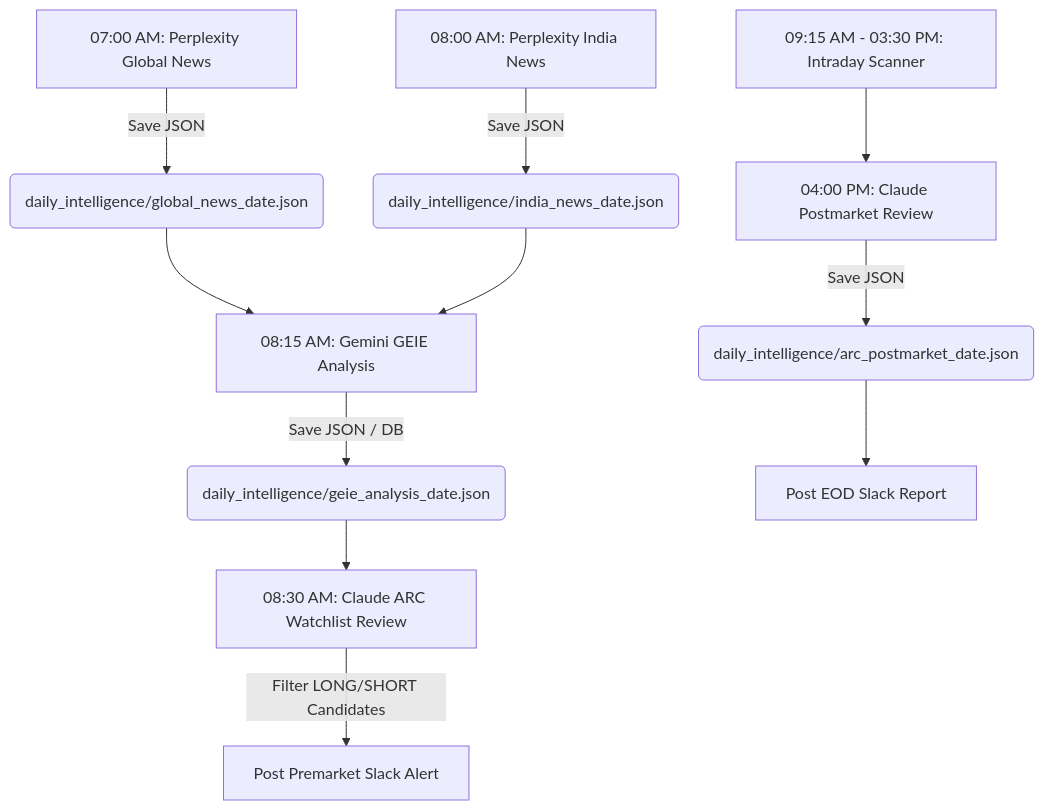
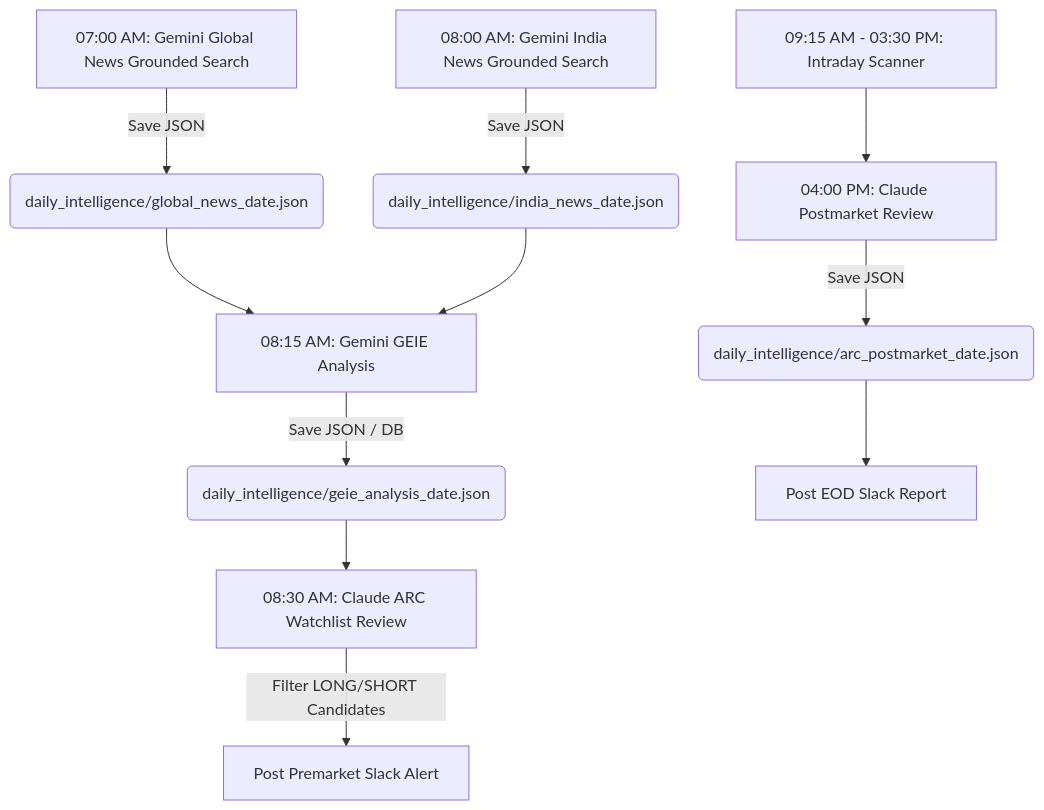
The diagram in PROJECT_MAP.md (mdshadabforever-wq/kimi2), drawn with Mermaid before and after one commit. The commit also changed other lines of this file, not shown here.

Commit message:
docs: replace Perplexity references with Gemini Grounded Search in PROJECT_MAP.md timeline

````diff
--- a/PROJECT_MAP.md
+++ b/PROJECT_MAP.md
@@ -28,13 +28,13 @@
 ```mermaid
 graph TD
-    A[07:00 AM: Perplexity Global News] -->|Save JSON| B(daily_intelligence/global_news_date.json)
-    C[08:00 AM: Perplexity India News] -->|Save JSON| D(daily_intelligence/india_news_date.json)
+    A[07:00 AM: Gemini Global News Grounded Search] -->|Save JSON| B(daily_intelligence/global_news_date.json)
+    C[08:00 AM: Gemini India News Grounded Search] -->|Save JSON| D(daily_intelligence/india_news_date.json)
     B --> E[08:15 AM: Gemini GEIE Analysis]
     D --> E
     E -->|Save JSON / DB| F(daily_intelligence/geie_analysis_date.json)
     F --> G[08:30 AM: Claude ARC Watchlist Review]
     G -->|Filter LONG/SHORT Candidates| H[Post Premarket Slack Alert]
     I[09:15 AM - 03:30 PM: Intraday Scanner] --> J[04:00 PM: Claude Postmarket Review]
     J -->|Save JSON| K(daily_intelligence/arc_postmarket_date.json)
     K --> L[Post EOD Slack Report]
 ```
````
